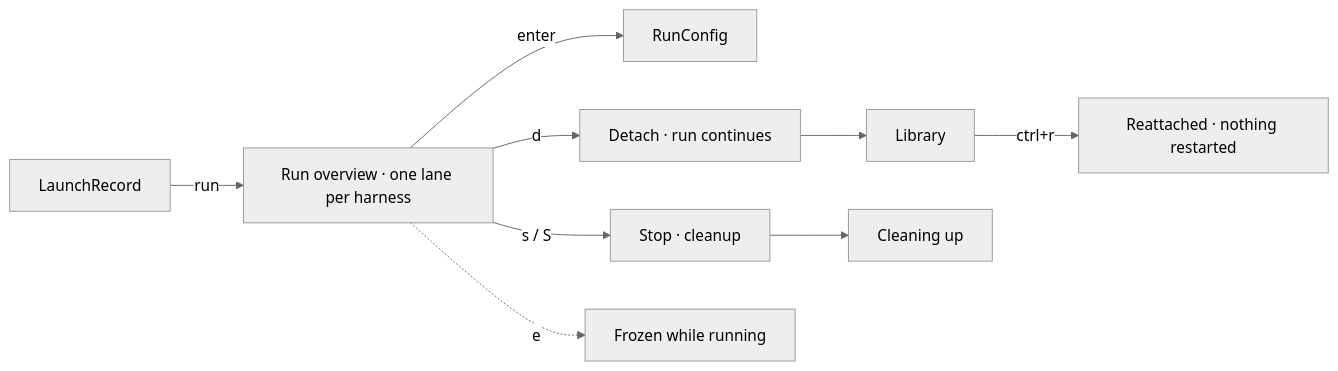
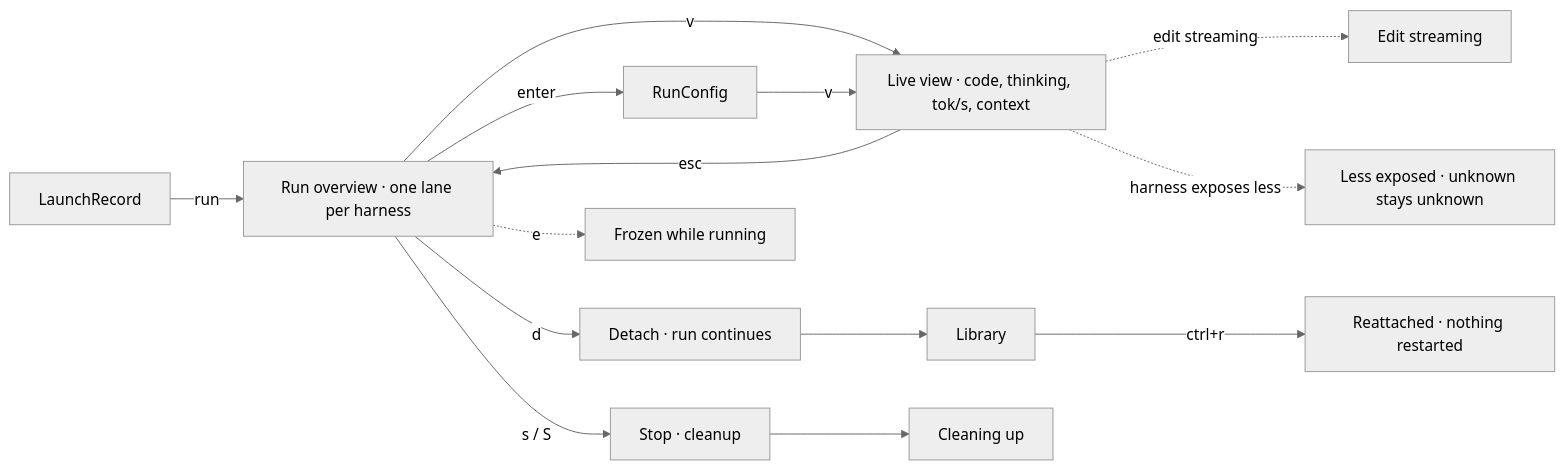
Before and after one commit to AxionomicAI/AxBenchmark: diagram 16 of 23 in spec/design/wireframe-tui/navigation.md, drawn with Mermaid (neutral theme). The commit also changed other lines of this file and 34 other files, not shown here.

First line of the commit message:
Add live harness view and animated TUI walkthrough

````diff
--- a/spec/design/wireframe-tui/navigation.md
+++ b/spec/design/wireframe-tui/navigation.md
@@ -290,11 +290,16 @@
 ```mermaid
 flowchart LR
     LaunchRecord -->|run| RunOverview["Run overview · one lane per harness"]
     RunOverview -->|enter| RunConfig
+    RunOverview -->|v| HarnessLive["Live view · code, thinking, tok/s, context"]
+    RunConfig -->|v| HarnessLive
+    HarnessLive -.->|edit streaming| HarnessLiveStreaming["Edit streaming"]
+    HarnessLive -.->|harness exposes less| HarnessLiveLimited["Less exposed · unknown stays unknown"]
+    HarnessLive -->|esc| RunOverview
     RunOverview -->|d| RunDetach["Detach · run continues"]
     RunDetach --> Library
     Library -->|ctrl+r| RunReattached["Reattached · nothing restarted"]
     RunOverview -->|s / S| StopConfirm["Stop · cleanup"]
     StopConfirm --> StopCleanup["Cleaning up"]
     RunOverview -.->|e| ActiveLocked["Frozen while running"]
 ```
````
